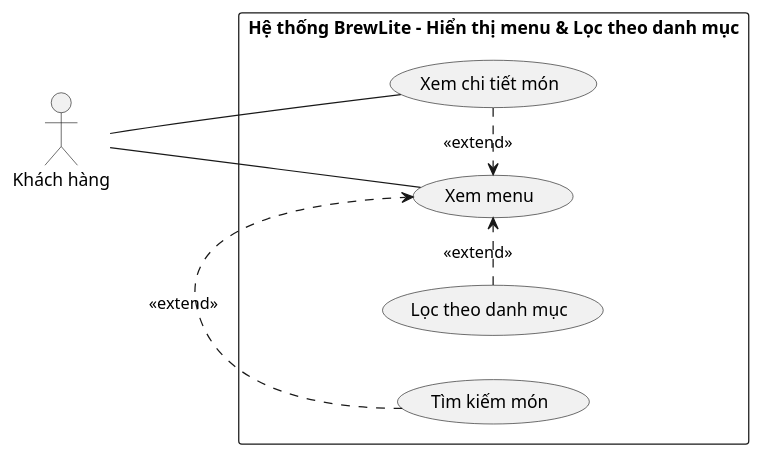
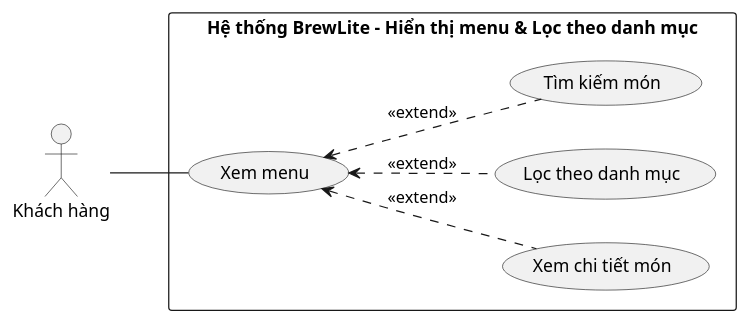
Before and after one commit to Phuc280106/BrewLite2: the diagram in docs/diagrams/menu/usecase-menu.puml, drawn with PlantUML. The commit also changed 1 other file, not shown here.

Commit message:
docs(diagrams): cập nhật sơ đồ usecase-menu.puml và usecase-menu.svg cho chức năng 1 (FR-01, FR-02)

```diff
--- a/docs/diagrams/menu/usecase-menu.puml
+++ b/docs/diagrams/menu/usecase-menu.puml
@@ -1,20 +1,20 @@
 @startuml usecase-menu
 left to right direction
+skinparam packageStyle rectangle
 
 actor "Khách hàng" as KhachHang
 
 rectangle "Hệ thống BrewLite - Hiển thị menu & Lọc theo danh mục" {
   usecase "Xem menu" as XemMenu
   usecase "Xem chi tiết món" as XemChiTiet
   usecase "Lọc theo danh mục" as LocDanhMuc
   usecase "Tìm kiếm món" as TimKiem
 }
 
 KhachHang -- XemMenu
-KhachHang -- XemChiTiet
 
-XemChiTiet .> XemMenu : <<extend>>
-LocDanhMuc .> XemMenu : <<extend>>
-TimKiem .> XemMenu : <<extend>>
+XemMenu <.. XemChiTiet : <<extend>>
+XemMenu <.. LocDanhMuc : <<extend>>
+XemMenu <.. TimKiem : <<extend>>
 
 @enduml
```
